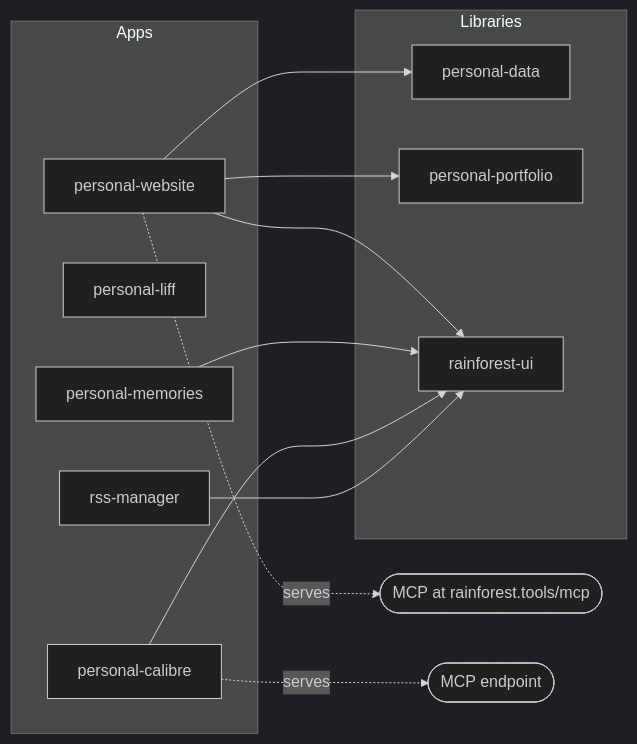
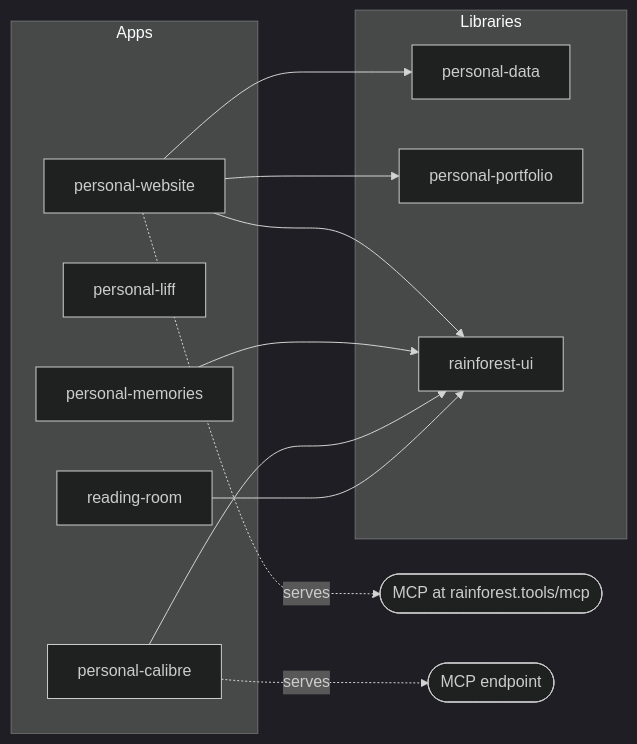
Before and after one commit to rainforest-dev/rainforest-monorepo: the first of 2 diagrams in README.md, drawn with Mermaid (dark theme). The commit also changed other lines of this file and 169 other files, not shown here.

First line of the commit message:
feat(reading-room): rename rss-manager and serve the rack at /rack

````diff
--- a/README.md
+++ b/README.md
@@ -30,23 +30,23 @@
 ```mermaid
 graph LR
   subgraph Apps
     W[personal-website]
     L[personal-liff]
     C[personal-calibre]
     M[personal-memories]
-    R[rss-manager]
+    R[reading-room]
   end
   subgraph Libraries
     PD[personal-data]
     PP[personal-portfolio]
     UI[rainforest-ui]
   end
   W --> PD
   W --> PP
   W --> UI
   M --> UI
   C --> UI
   R --> UI
   W -. serves .-> MCP([MCP at rainforest.tools/mcp])
   C -. serves .-> MCP2([MCP endpoint])
 ```
````
